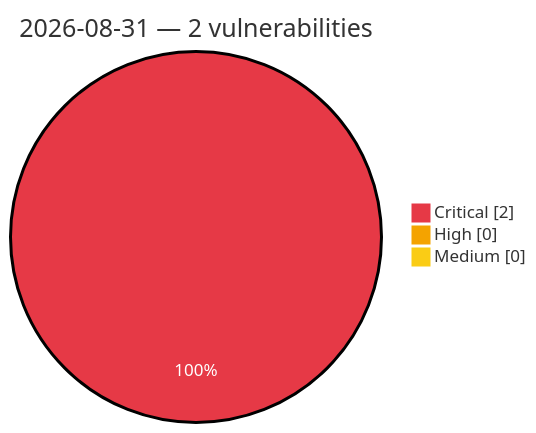
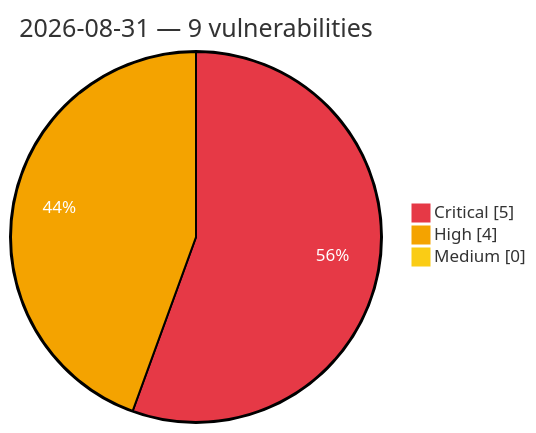
Before and after one commit to GhostX0X/vuln-tracker: the diagram in vulnerabilities/2026/August/2026-08-31.md, drawn with Mermaid. The commit also changed other lines of this file and 5 other files, not shown here.

Commit message:
Auto update: critical/high vulns (2026-08-31 10:05 UTC)

````diff
--- a/vulnerabilities/2026/August/2026-08-31.md
+++ b/vulnerabilities/2026/August/2026-08-31.md
@@ -3,8 +3,8 @@
 ```mermaid
 %%{init: {'theme':'base', 'themeVariables': {'pie1':'#e63946', 'pie2':'#f4a300', 'pie3':'#facc15', 'pieOpacity':'1', 'pieOuterStrokeWidth':'2px', 'pieSectionTextColor':'#ffffff'}}}%%
 pie showData
-    title 2026-08-31 — 2 vulnerabilities
-    "Critical" : 2
-    "High" : 0
+    title 2026-08-31 — 9 vulnerabilities
+    "Critical" : 5
+    "High" : 4
     "Medium" : 0
 ```
````
